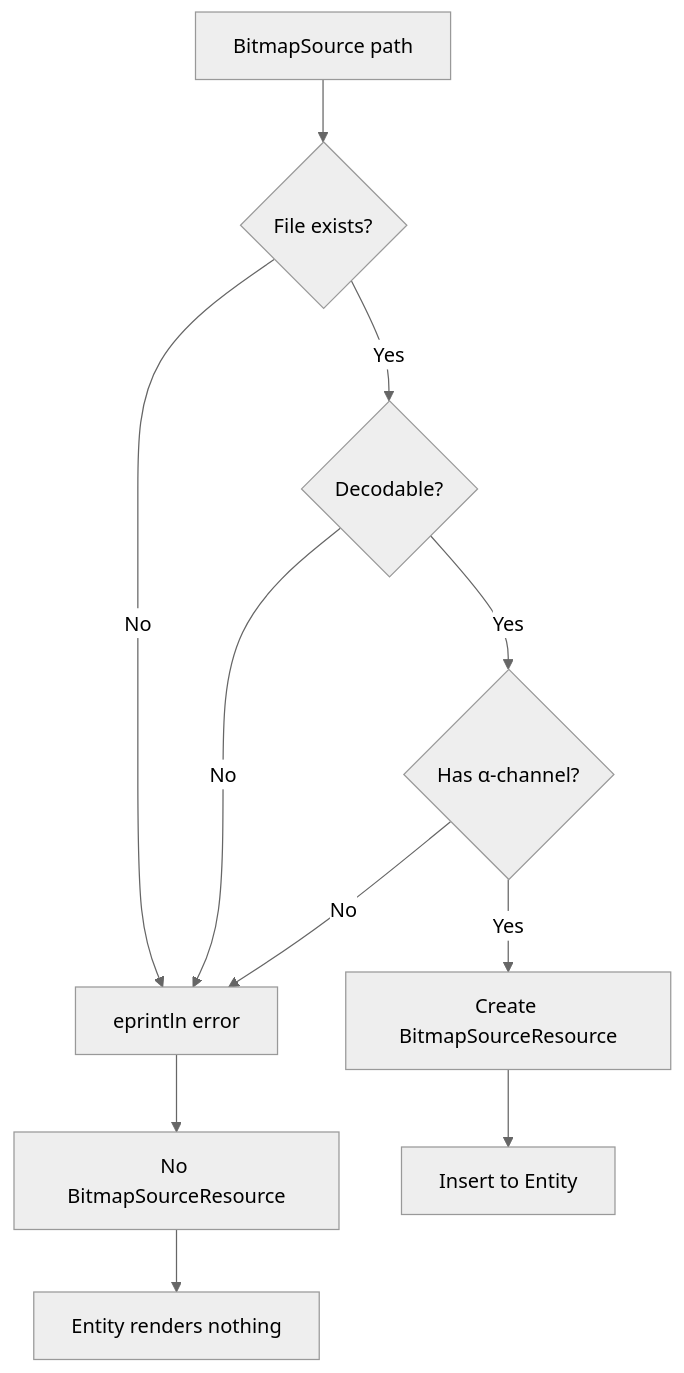
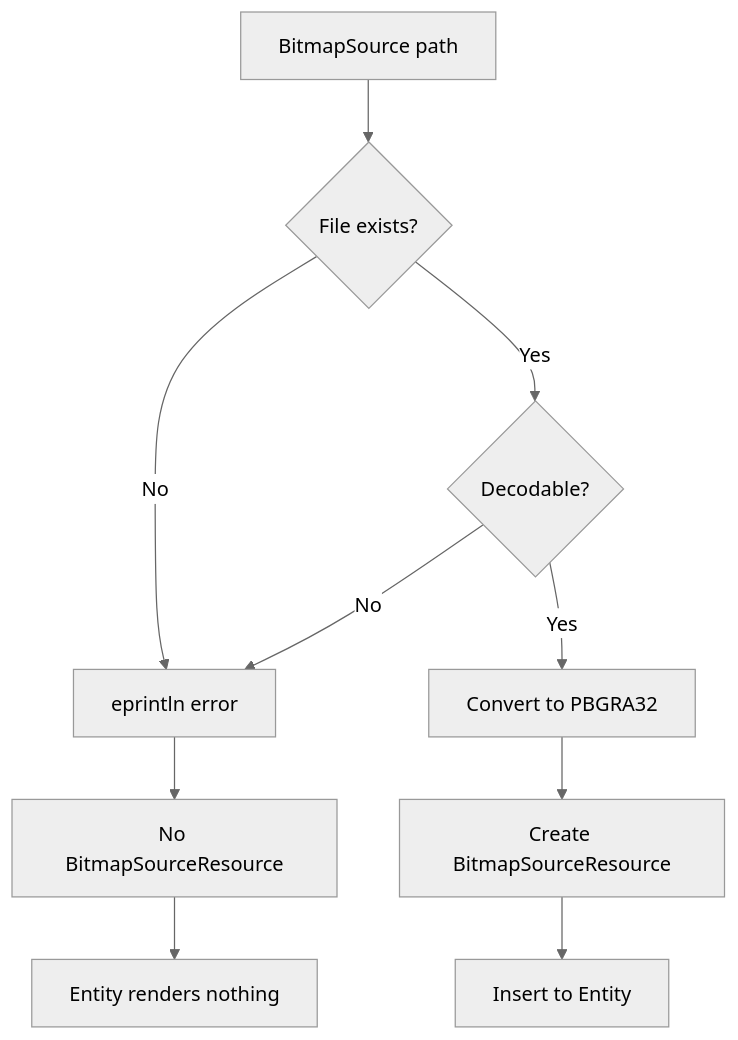
One commit to ekicyou/dcomp_sample-rs changed the fifth of 6 diagrams in .kiro/specs/wintf-P0-image-widget/design.md. Above: the diagram before and after it, drawn with Mermaid (neutral theme). The commit also changed other lines of this file and 1 other file, not shown here.

First line of the commit message:
docs(spec): αチャネル検証を緩和、PBGRA32変換で統一

````diff
--- a/.kiro/specs/wintf-P0-image-widget/design.md
+++ b/.kiro/specs/wintf-P0-image-widget/design.md
@@ -188,14 +188,13 @@
 ```mermaid
 flowchart TD
     A[BitmapSource path] --> B{File exists?}
     B -->|No| C[eprintln error]
     B -->|Yes| D{Decodable?}
     D -->|No| C
-    D -->|Yes| E{Has α-channel?}
-    E -->|No| C
-    E -->|Yes| F[Create BitmapSourceResource]
+    D -->|Yes| E[Convert to PBGRA32]
+    E --> F[Create BitmapSourceResource]
     F --> G[Insert to Entity]
     
     C --> H[No BitmapSourceResource]
     H --> I[Entity renders nothing]
 ```
````
